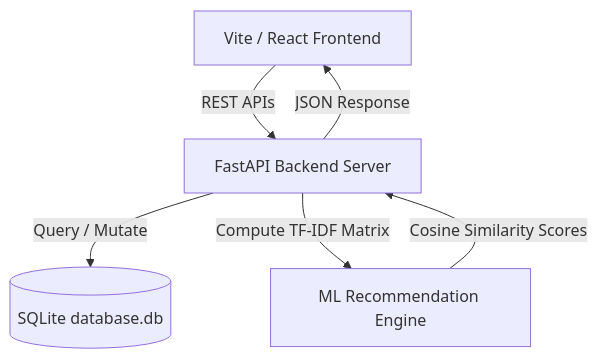
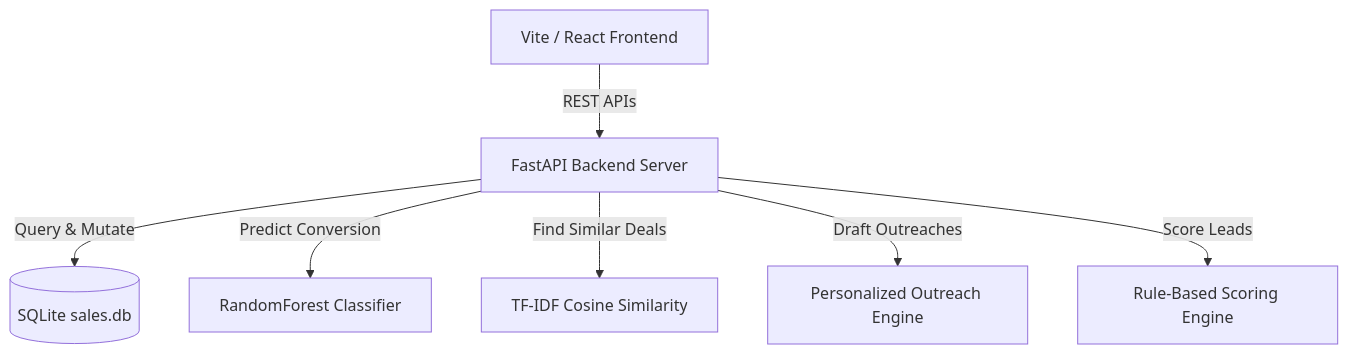
One commit to shubh152205/AnimeGenie_ShubhamSharma changed the diagram in README.md. Above: the diagram before and after it, drawn with Mermaid. The commit also changed other lines of this file and 15 other files, not shown here.

Commit message:
feat: complete SalesGenie AI implementation with conversation intelligence, AI sales strategy matrix, and CRM integration

````diff
--- a/README.md
+++ b/README.md
@@ -9,8 +23,9 @@
 ```mermaid
 graph TD
     A[Vite / React Frontend] -->|REST APIs| B[FastAPI Backend Server]
-    B -->|Query / Mutate| C[(SQLite database.db)]
-    B -->|Compute TF-IDF Matrix| D[ML Recommendation Engine]
-    D -->|Cosine Similarity Scores| B
-    B -->|JSON Response| A
+    B -->|Query & Mutate| C[(SQLite sales.db)]
+    B -->|Predict Conversion| D[RandomForest Classifier]
+    B -->|Find Similar Deals| E[TF-IDF Cosine Similarity]
+    B -->|Draft Outreaches| F[Personalized Outreach Engine]
+    B -->|Score Leads| G[Rule-Based Scoring Engine]
 ```
````
